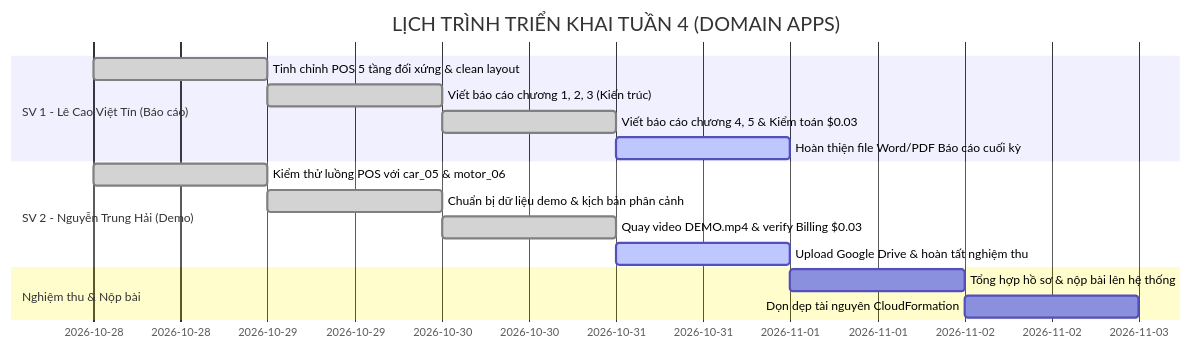
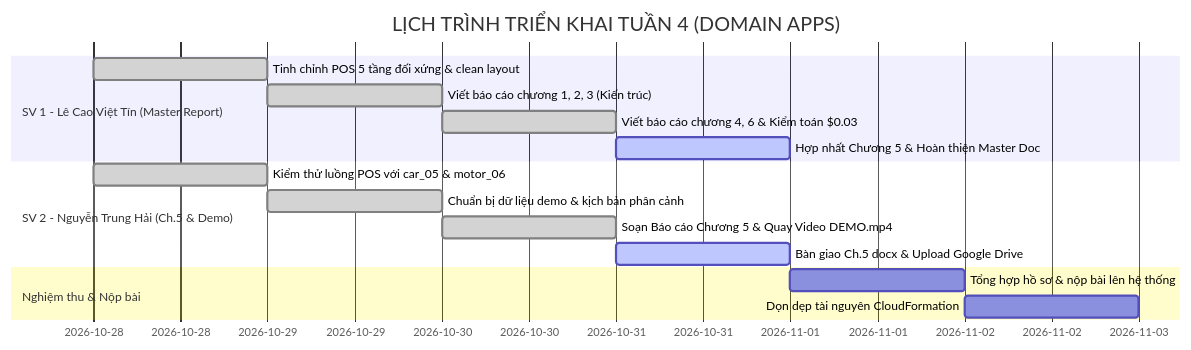
Before and after one commit to nthai212006-gh/cloud-smart-parking-system: the diagram in docs/plans/week-04/overview.md, drawn with Mermaid. The commit also changed other lines of this file and 17 other files, not shown here.

````diff
--- a/docs/plans/week-04/overview.md
+++ b/docs/plans/week-04/overview.md
@@ -64,18 +64,18 @@
 ```mermaid
 gantt
     title LỊCH TRÌNH TRIỂN KHAI TUẦN 4 (DOMAIN APPS)
     dateFormat  YYYY-MM-DD
-    section SV 1 - Lê Cao Việt Tín (Báo cáo)
+    section SV 1 - Lê Cao Việt Tín (Master Report)
     Tinh chỉnh POS 5 tầng đối xứng & clean layout :done, 2026-10-28, 1d
     Viết báo cáo chương 1, 2, 3 (Kiến trúc)       :done, 2026-10-29, 1d
-    Viết báo cáo chương 4, 5 & Kiểm toán $0.03   :done, 2026-10-30, 1d
-    Hoàn thiện file Word/PDF Báo cáo cuối kỳ     :active, 2026-10-31, 1d
-    section SV 2 - Nguyễn Trung Hải (Demo)
+    Viết báo cáo chương 4, 6 & Kiểm toán $0.03   :done, 2026-10-30, 1d
+    Hợp nhất Chương 5 & Hoàn thiện Master Doc     :active, 2026-10-31, 1d
+    section SV 2 - Nguyễn Trung Hải (Ch.5 & Demo)
     Kiểm thử luồng POS với car_05 & motor_06      :done, 2026-10-28, 1d
     Chuẩn bị dữ liệu demo & kịch bản phân cảnh    :done, 2026-10-29, 1d
-    Quay video DEMO.mp4 & verify Billing $0.03   :done, 2026-10-30, 1d
-    Upload Google Drive & hoàn tất nghiệm thu    :active, 2026-10-31, 1d
+    Soạn Báo cáo Chương 5 & Quay Video DEMO.mp4   :done, 2026-10-30, 1d
+    Bàn giao Ch.5 docx & Upload Google Drive      :active, 2026-10-31, 1d
     section Nghiệm thu & Nộp bài
     Tổng hợp hồ sơ & nộp bài lên hệ thống        :2026-11-01, 1d
     Dọn dẹp tài nguyên CloudFormation            :2026-11-02, 1d
 ```
````
